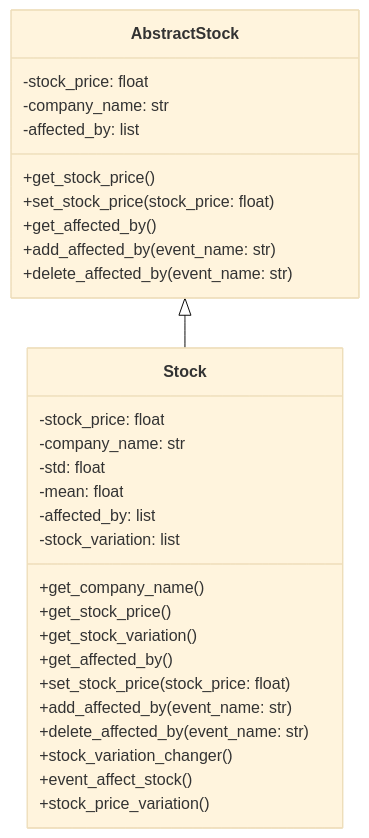
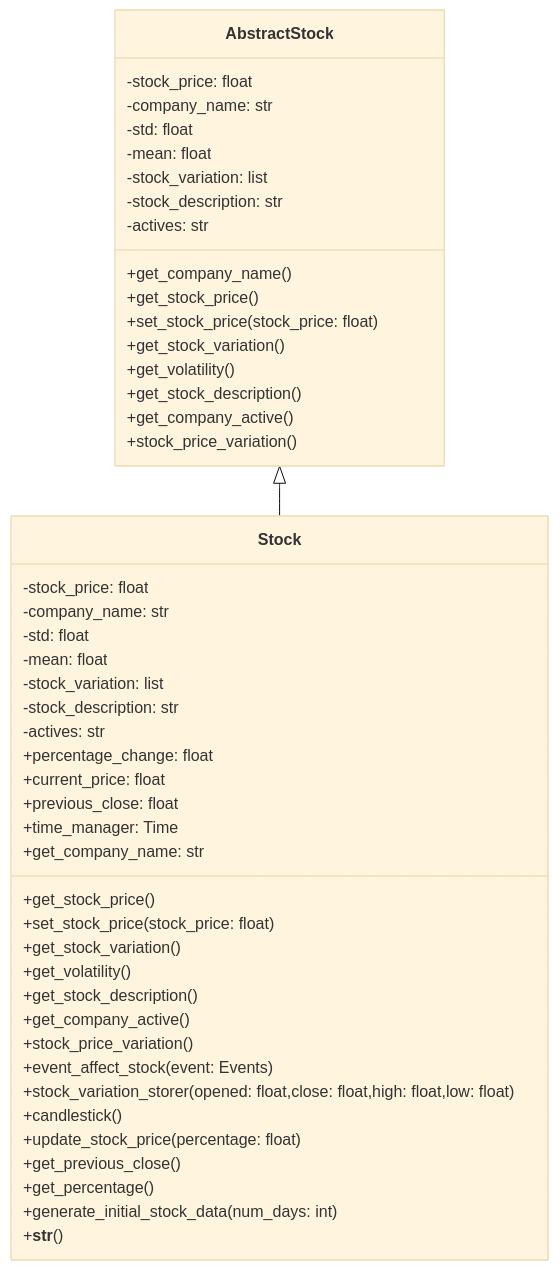
Before and after one commit to barret50cal3011/Funds-Amentals: the first of 2 diagrams in README.md, drawn with Mermaid (base theme). The commit also changed other lines of this file, not shown here.

````diff
--- a/README.md
+++ b/README.md
@@ -29,35 +29,53 @@
 ```mermaid
 classDiagram
 
     class AbstractStock {
         -stock_price: float
         -company_name: str
-        -affected_by: list
+        -std: float
+        -mean: float
+        -stock_variation: list
+        -stock_description: str
+        -actives: str
+        +get_company_name()
         +get_stock_price() 
-        +set_stock_price(stock_price: float) 
-        +get_affected_by() 
-        +add_affected_by(event_name: str) 
-        +delete_affected_by(event_name: str) 
+        +set_stock_price(stock_price: float)
+        +get_stock_variation()
+        +get_volatility()
+        +get_stock_description()
+        +get_company_active()
+        +stock_price_variation()
     }
 
     class Stock {
         -stock_price: float
         -company_name: str
         -std: float
         -mean: float
-        -affected_by: list
         -stock_variation: list
-        +get_company_name() 
+        -stock_description: str
+        -actives: str
+        +percentage_change: float
+        +current_price: float
+        +previous_close: float
+        +time_manager: Time
+        +get_company_name: str
         +get_stock_price() 
-        +get_stock_variation() 
-        +get_affected_by() 
-        +set_stock_price(stock_price: float) 
-        +add_affected_by(event_name: str) 
-        +delete_affected_by(event_name: str) 
-        +stock_variation_changer() 
-        +event_affect_stock() 
-        +stock_price_variation() 
+        +set_stock_price(stock_price: float)
+        +get_stock_variation()
+        +get_volatility()
+        +get_stock_description()
+        +get_company_active()
+        +stock_price_variation()
+        +event_affect_stock(event: Events)
+        +stock_variation_storer(opened: float,close: float,high: float,low: float)
+        +candlestick()
+        +update_stock_price(percentage: float)
+        +get_previous_close()
+        +get_percentage()
+        +generate_initial_stock_data(num_days: int)
+        +__str__()
     }
 AbstractStock <|-- Stock
 
 ```
````
